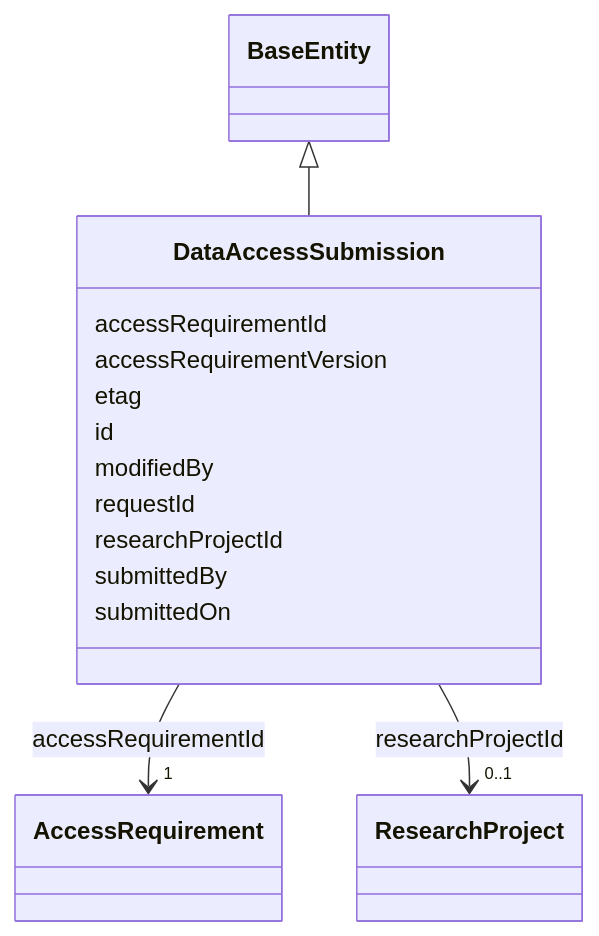
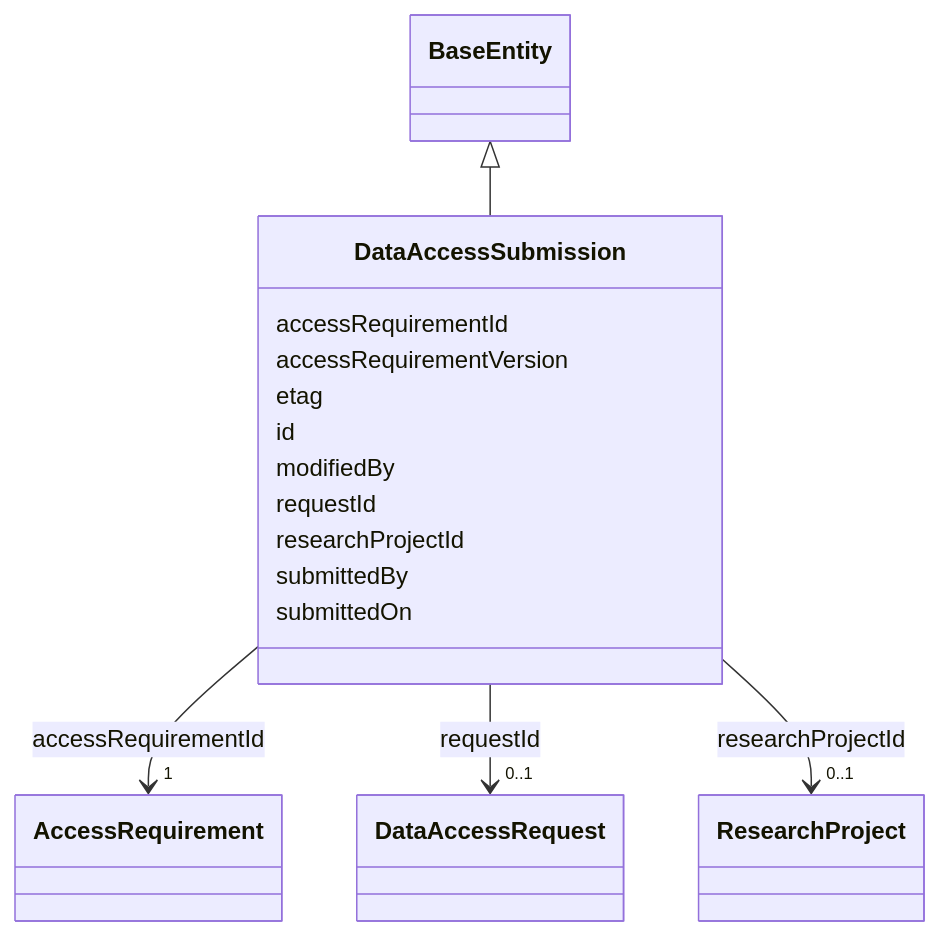
The diagram in docs/reference/classes/DataAccessSubmission.md (mc2-center/governanceDUO), drawn with Mermaid before and after one commit. The commit also changed other lines of this file and 37 other files, not shown here.

First line of the commit message:
Add DataAccessRequest, resolved into DataAccessSubmission.requestId

````diff
--- a/docs/reference/classes/DataAccessSubmission.md
+++ b/docs/reference/classes/DataAccessSubmission.md
@@ -25,45 +25,54 @@
 ```mermaid
  classDiagram
     class DataAccessSubmission
     click DataAccessSubmission href "../../classes/DataAccessSubmission/"
       BaseEntity <|-- DataAccessSubmission
         click BaseEntity href "../../classes/BaseEntity/"
       
       DataAccessSubmission : accessRequirementId
         
           
     
         
         
         DataAccessSubmission --> "1" AccessRequirement : accessRequirementId
         click AccessRequirement href "../../classes/AccessRequirement/"
     
 
         
       DataAccessSubmission : accessRequirementVersion
         
       DataAccessSubmission : etag
         
       DataAccessSubmission : id
         
       DataAccessSubmission : modifiedBy
         
       DataAccessSubmission : requestId
         
+          
+    
+        
+        
+        DataAccessSubmission --> "0..1" DataAccessRequest : requestId
+        click DataAccessRequest href "../../classes/DataAccessRequest/"
+    
+
+        
       DataAccessSubmission : researchProjectId
         
           
     
         
         
         DataAccessSubmission --> "0..1" ResearchProject : researchProjectId
         click ResearchProject href "../../classes/ResearchProject/"
     
 
         
       DataAccessSubmission : submittedBy
         
       DataAccessSubmission : submittedOn
         
       
 ```
````
